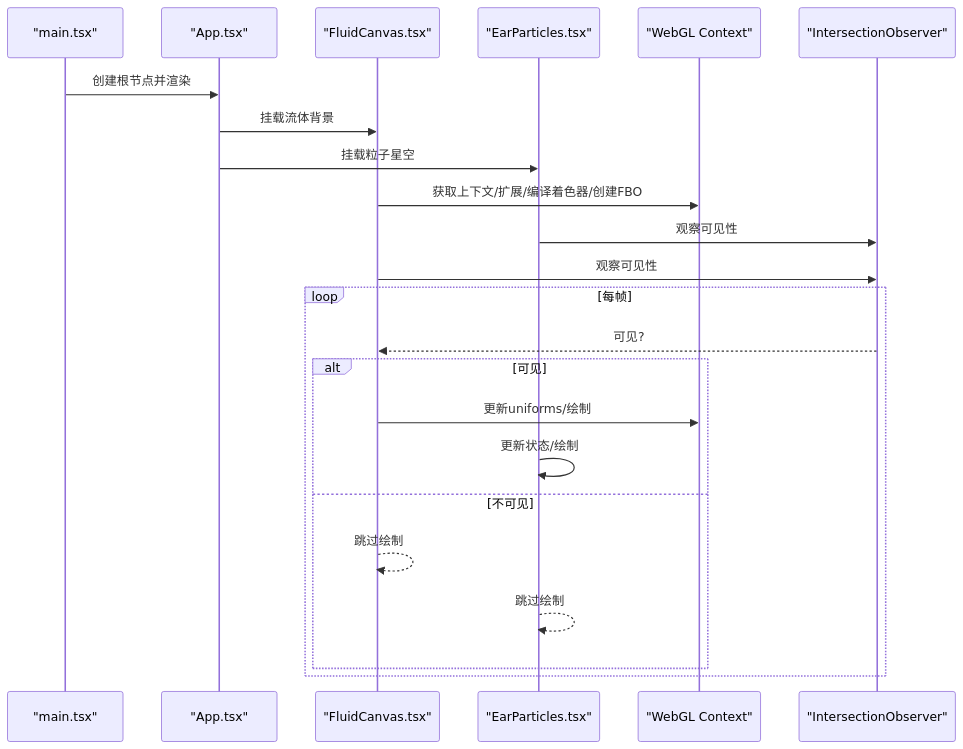
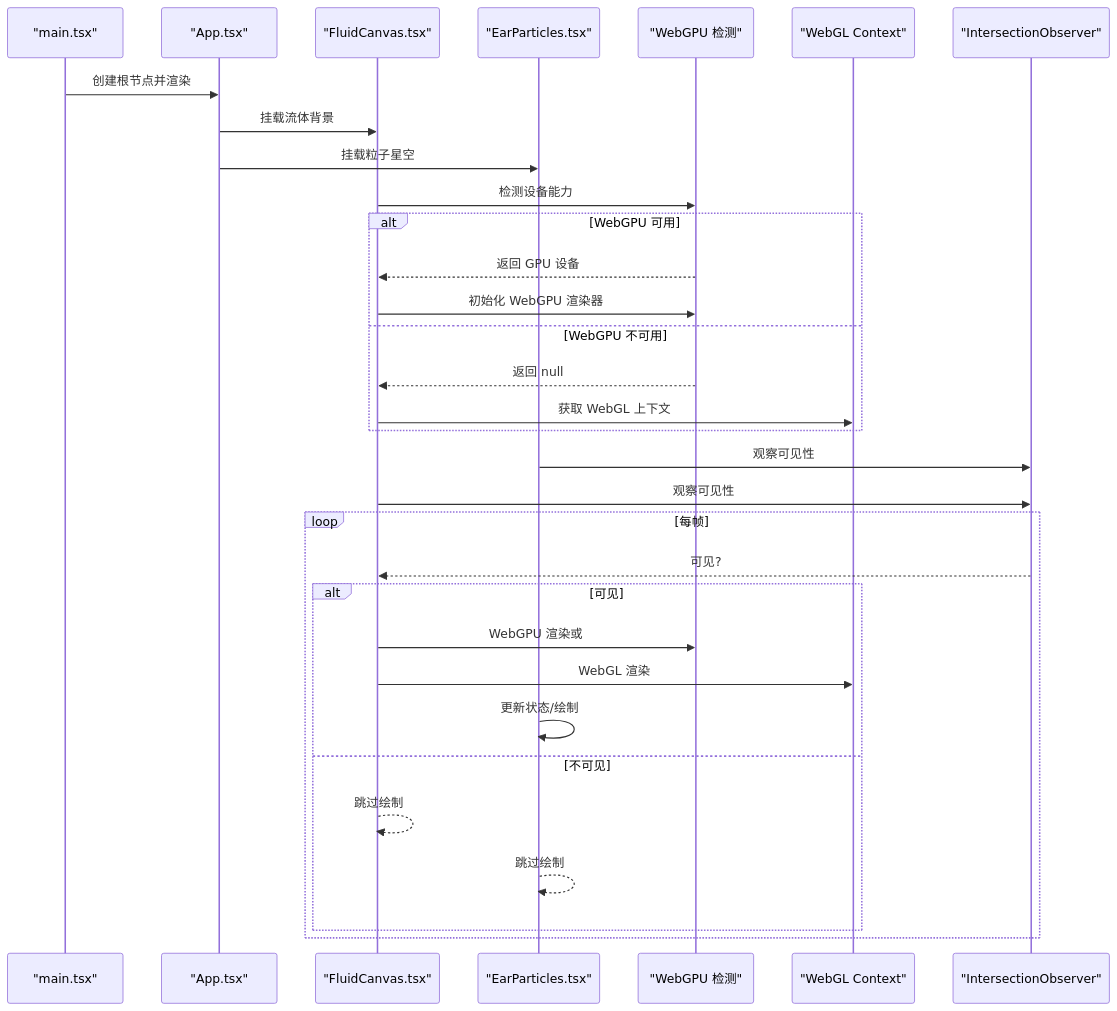
One commit to Primoguo/naolizhi.cn changed the second of 8 diagrams in .qoder/repowiki/zh/content/性能优化/性能优化.md. Above: the diagram before and after it, drawn with Mermaid. The commit also changed other lines of this file and 73 other files, not shown here.

````diff
--- a/.qoder/repowiki/zh/content/性能优化/性能优化.md
+++ b/.qoder/repowiki/zh/content/性能优化/性能优化.md
@@ -115,25 +134,34 @@
 ```mermaid
 sequenceDiagram
 participant Root as "main.tsx"
 participant App as "App.tsx"
 participant Fluid as "FluidCanvas.tsx"
 participant Particles as "EarParticles.tsx"
+participant GPU as "WebGPU 检测"
 participant GL as "WebGL Context"
 participant IO as "IntersectionObserver"
 Root->>App : 创建根节点并渲染
 App->>Fluid : 挂载流体背景
 App->>Particles : 挂载粒子星空
-Fluid->>GL : 获取上下文/扩展/编译着色器/创建FBO
+Fluid->>GPU : 检测设备能力
+alt WebGPU 可用
+GPU-->>Fluid : 返回 GPU 设备
+Fluid->>GPU : 初始化 WebGPU 渲染器
+else WebGPU 不可用
+GPU-->>Fluid : 返回 null
+Fluid->>GL : 获取 WebGL 上下文
+end
 Particles->>IO : 观察可见性
 Fluid->>IO : 观察可见性
 loop 每帧
 IO-->>Fluid : 可见?
 alt 可见
-Fluid->>GL : 更新uniforms/绘制
+Fluid->>GPU : WebGPU 渲染或
+Fluid->>GL : WebGL 渲染
 Particles->>Particles : 更新状态/绘制
 else 不可见
 Fluid-->>Fluid : 跳过绘制
 Particles-->>Particles : 跳过绘制
 end
 end
 ```
````
